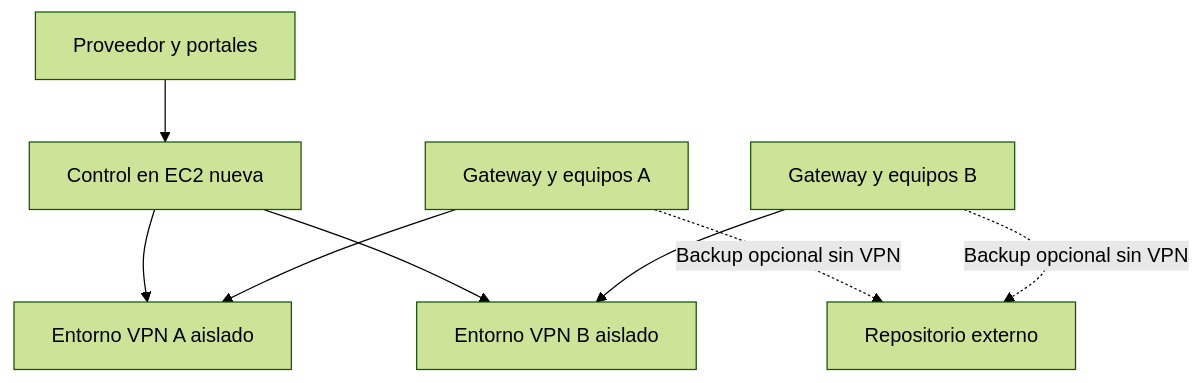
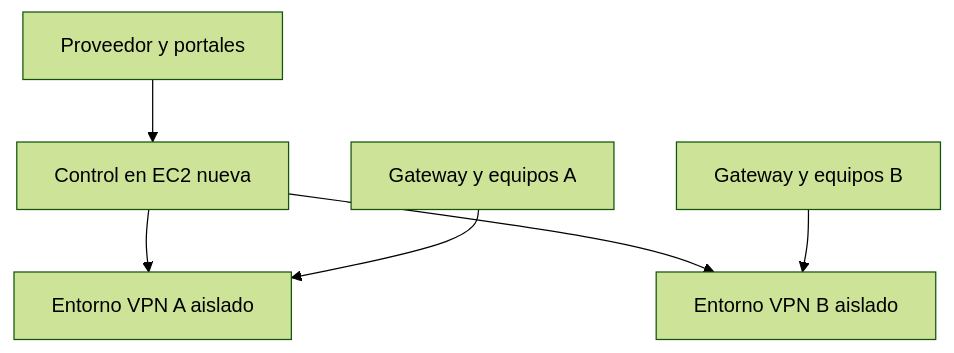
One commit to edgaraysv/nexo changed the diagram in Nexo_Contexto_para_Agentes_IA.md. Above: the diagram before and after it, drawn with Mermaid (forest theme). The commit also changed other lines of this file and 5 other files, not shown here.

````diff
--- a/Nexo_Contexto_para_Agentes_IA.md
+++ b/Nexo_Contexto_para_Agentes_IA.md
@@ -56,10 +57,8 @@
 ```mermaid
 flowchart TB
     P[Proveedor y portales] --> C[Control en EC2 nueva]
     C --> A[Entorno VPN A aislado]
     C --> B[Entorno VPN B aislado]
     EA[Gateway y equipos A] --> A
     EB[Gateway y equipos B] --> B
-    EA -. "Backup opcional sin VPN" .-> R[Repositorio externo]
-    EB -. "Backup opcional sin VPN" .-> R
 ```
````
